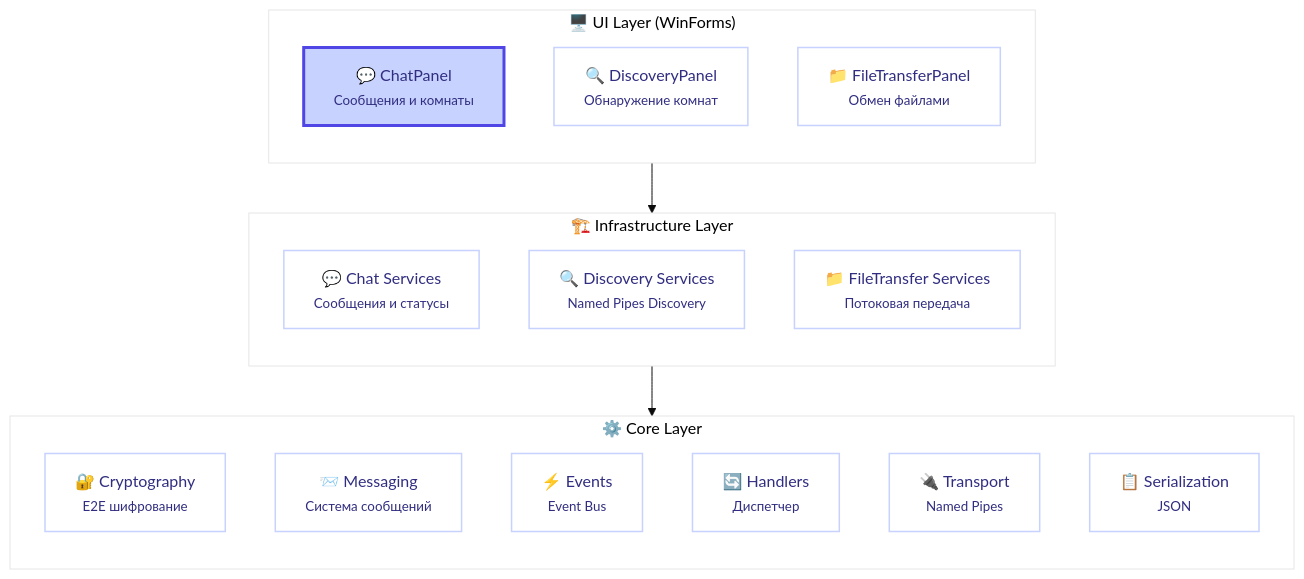
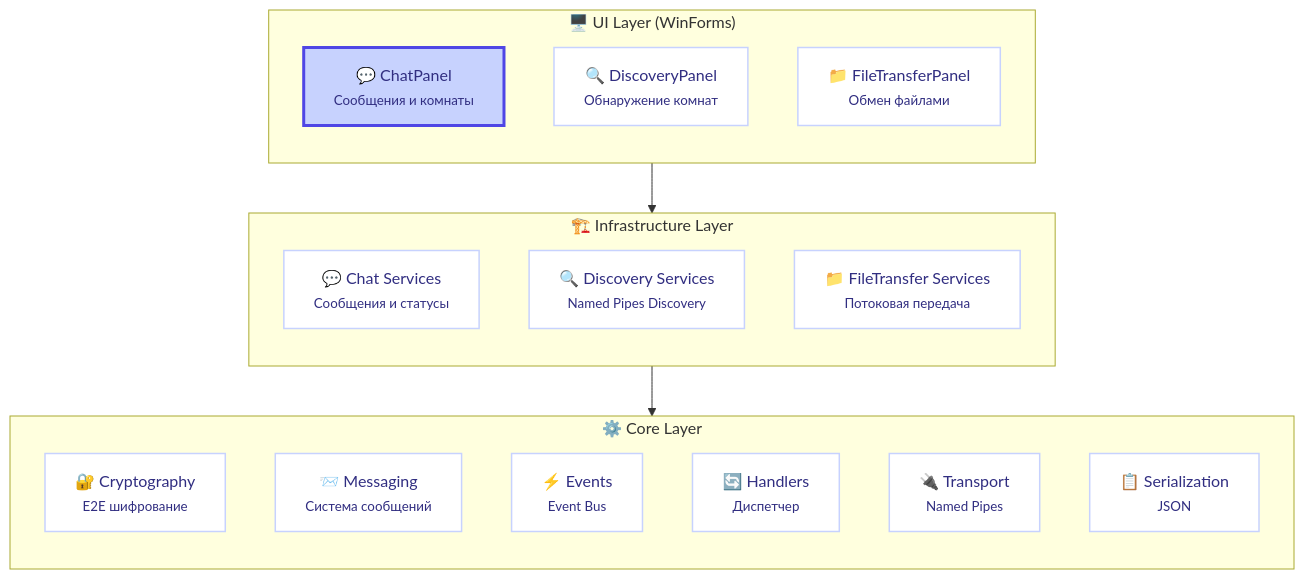
Before and after one commit to CasCadeVR/MIN: the first of 3 diagrams in README.md, drawn with Mermaid.

````diff
--- a/README.md
+++ b/README.md
@@ -46,43 +46,41 @@
 ```mermaid
-flowchart TB
-    %%{init: {'theme': 'base', 'themeVariables': { 'primaryColor': '#ffffff', 'edgeLabelBackground':'#ffffff' }}}%%
-    
+flowchart TB 
     classDef uiLayer fill:#dbeafe,stroke:#3b82f6,stroke-width:2px,color:#1e40af
     classDef infraLayer fill:#e0e7ff,stroke:#4f46e5,stroke-width:2px,color:#3730a3
     classDef coreLayer fill:#ede9fe,stroke:#7c3aed,stroke-width:2px,color:#5b21b6
     classDef component fill:#ffffff,stroke:#c7d2fe,stroke-width:1.5px,color:#312e81
     classDef highlight fill:#c7d2fe,stroke:#4f46e5,stroke-width:3px,color:#312e81
     
     subgraph UI["🖥️ UI Layer (WinForms)"]
         direction TB
         A["💬 ChatPanel<br><small>Сообщения и комнаты</small>"]
         B["🔍 DiscoveryPanel<br><small>Обнаружение комнат</small>"]
         C["📁 FileTransferPanel<br><small>Обмен файлами</small>"]
     end
     
     subgraph INF["🏗️ Infrastructure Layer"]
         direction TB
         D["💬 Chat Services<br><small>Сообщения и статусы</small>"]
         E["🔍 Discovery Services<br><small>Named Pipes Discovery</small>"]
         F["📁 FileTransfer Services<br><small>Потоковая передача</small>"]
     end
     
     subgraph CORE["⚙️ Core Layer"]
         direction TB
         G["🔐 Cryptography<br><small>E2E шифрование</small>"]
         H["📨 Messaging<br><small>Система сообщений</small>"]
         I["⚡ Events<br><small>Event Bus</small>"]
         J["🔄 Handlers<br><small>Диспетчер</small>"]
         K["🔌 Transport<br><small>Named Pipes</small>"]
         L["📋 Serialization<br><small>JSON</small>"]
     end
     
     class A highlight;
     class B,C,D,E,F,G,H,I,J,K,L component
     class UI uiLayer;
     class INF infraLayer;
     class CORE coreLayer
     
     UI --> INF
     INF --> CORE
 ```
````
